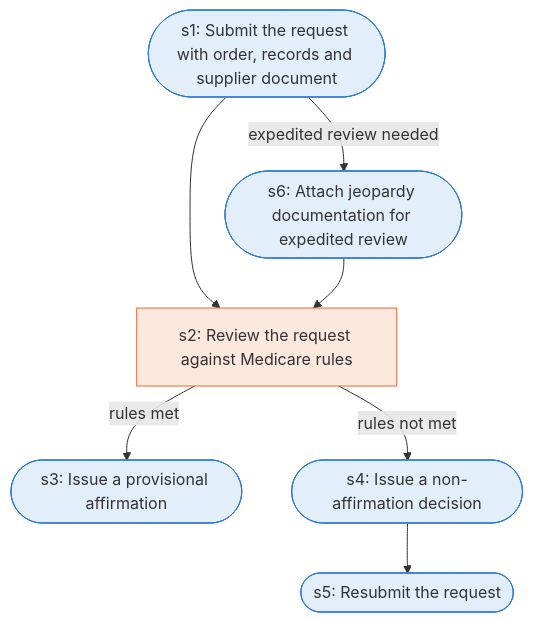
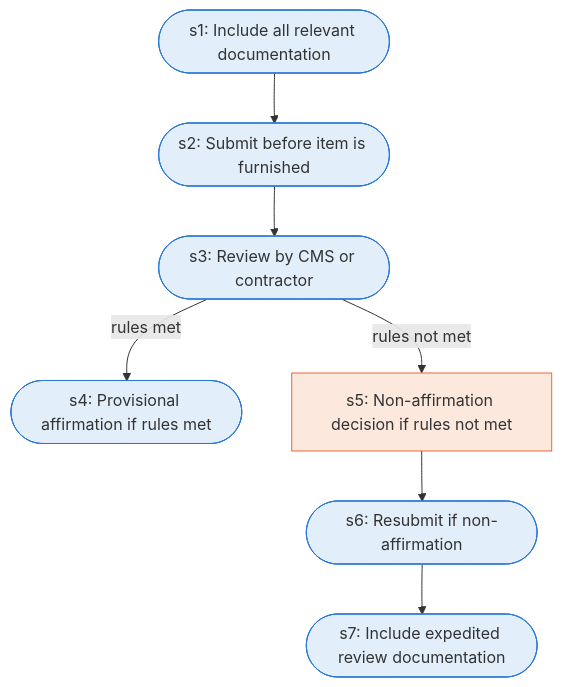
One commit to Jitesh-Mishra/sop-to-agent-workflows changed the diagram in docs/runbooks/pa_dmepos_prior_authorization.md. Above: the diagram before and after it, drawn with Mermaid. The commit also changed other lines of this file and 172 other files, not shown here.

````diff
--- a/docs/runbooks/pa_dmepos_prior_authorization.md
+++ b/docs/runbooks/pa_dmepos_prior_authorization.md
@@ -7,19 +7,20 @@
 ```mermaid
 flowchart TD
-  s1(["s1: Submit the request with order, records and supplier document"])
-  s2["s2: Review the request against Medicare rules"]
-  s3(["s3: Issue a provisional affirmation"])
-  s4(["s4: Issue a non-affirmation decision"])
-  s5(["s5: Resubmit the request"])
-  s6(["s6: Attach jeopardy documentation for expedited review"])
+  s1(["s1: Include all relevant documentation"])
+  s2(["s2: Submit before item is furnished"])
+  s3(["s3: Review by CMS or contractor"])
+  s4(["s4: Provisional affirmation if rules met"])
+  s5["s5: Non-affirmation decision if rules not met"]
+  s6(["s6: Resubmit if non-affirmation"])
+  s7(["s7: Include expedited review documentation"])
   s1 --> s2
-  s1 -->|expedited review needed| s6
-  s6 --> s2
-  s2 -->|rules met| s3
-  s2 -->|rules not met| s4
-  s4 --> s5
+  s2 --> s3
+  s3 -->|rules met| s4
+  s3 -->|rules not met| s5
+  s5 --> s6
+  s6 --> s7
   classDef agent fill:#e3eefb,stroke:#2a78d6
   classDef human fill:#fde8de,stroke:#eb6834
-  class s1,s3,s4,s5,s6 agent
-  class s2 human
+  class s1,s2,s3,s4,s6,s7 agent
+  class s5 human
 ```
````
